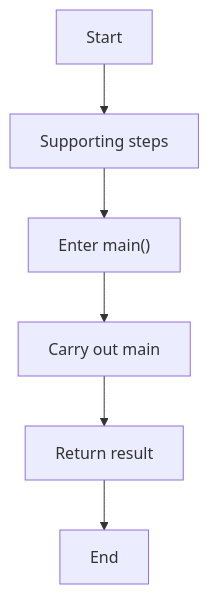
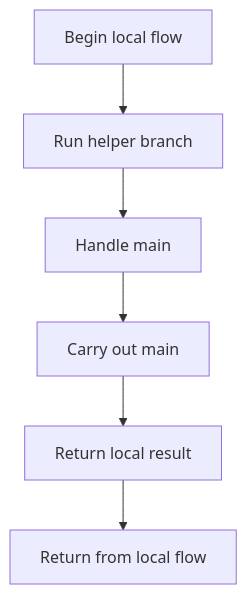
One commit to JohnAndrewBalbarosa/NeoTerritory changed the first of 2 diagrams in docs/Codebase/Microservice/main.cpp.md. Above: the diagram before and after it, drawn with Mermaid. The commit also changed other lines of this file and 925 other files, not shown here.

````diff
--- a/docs/Codebase/Microservice/main.cpp.md
+++ b/docs/Codebase/Microservice/main.cpp.md
@@ -22,14 +21,14 @@
 ```mermaid
 flowchart TD
-    Start["Start"]
-    N0["Supporting steps"]
-    N1["Enter main()"]
+    Start["Begin local flow"]
+    N0["Run helper branch"]
+    N1["Handle main"]
     N2["Carry out main"]
-    N3["Return result"]
-    End["End"]
+    N3["Return local result"]
+    End["Return from local flow"]
     Start --> N0
     N0 --> N1
     N1 --> N2
     N2 --> N3
     N3 --> End
 ```
````
